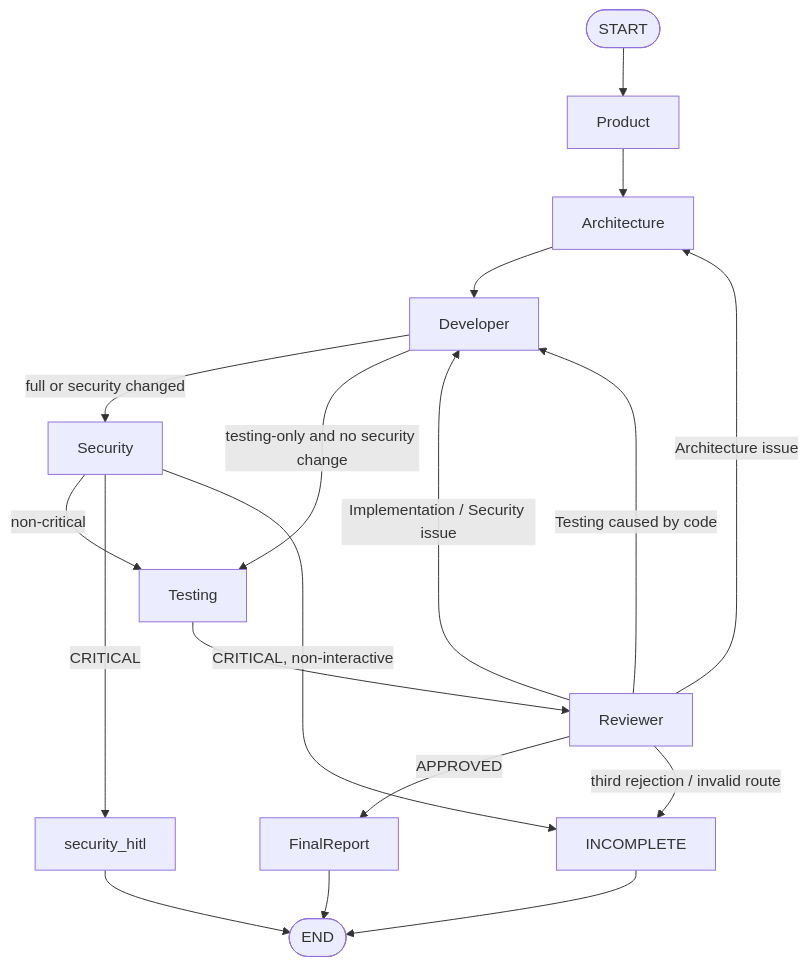
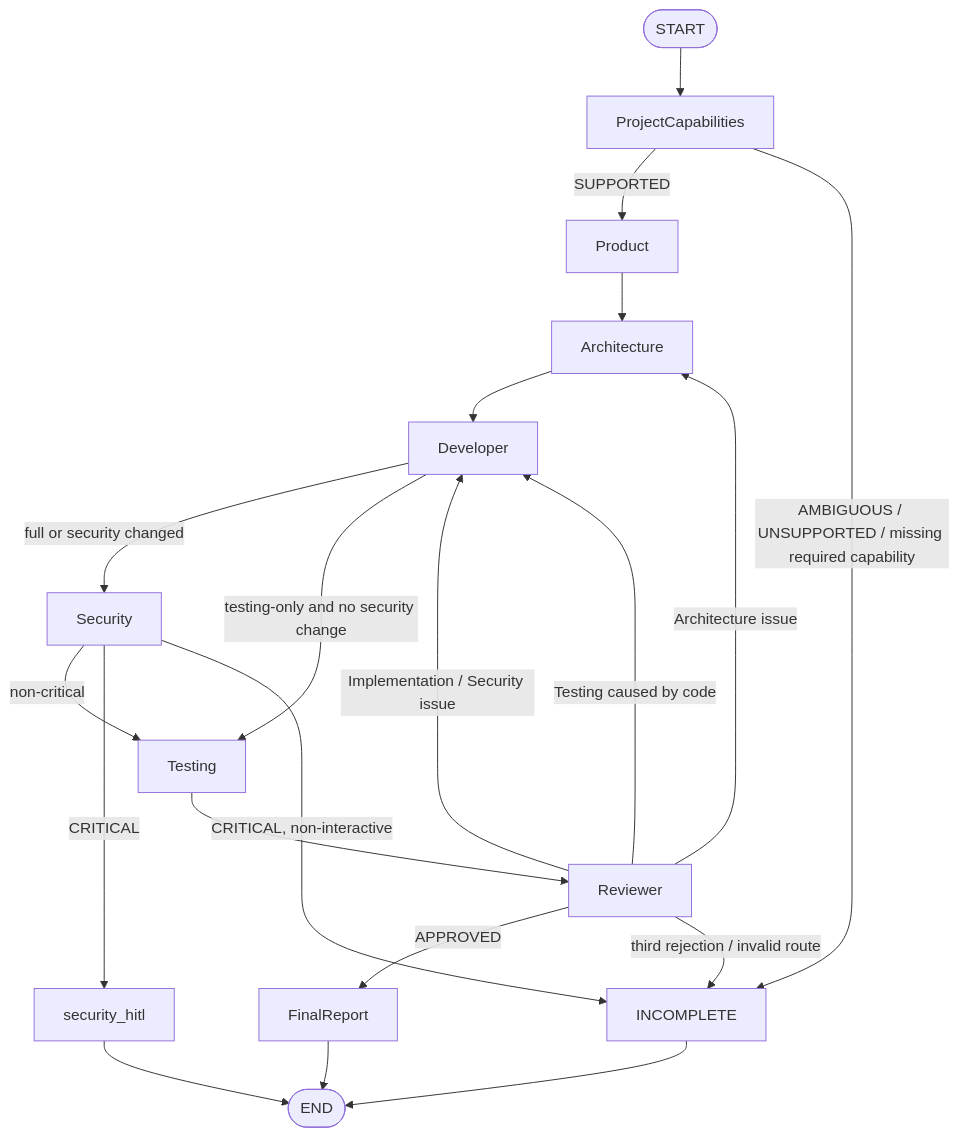
The diagram in docs/diagrams/langgraph.md (Jvillalobooos/MultiAgent-Software-Engineering-Team.), drawn with Mermaid before and after one commit. The commit also changed 64 other files, not shown here.

````diff
--- a/docs/diagrams/langgraph.md
+++ b/docs/diagrams/langgraph.md
@@ -3,20 +3,22 @@
 ```mermaid
 flowchart TD
-    S([START]) --> P[Product]
+    S([START]) --> C[ProjectCapabilities]
+    C -->|SUPPORTED| P[Product]
+    C -->|AMBIGUOUS / UNSUPPORTED / missing required capability| I[INCOMPLETE]
     P --> A[Architecture]
     A --> D[Developer]
     D -->|full or security changed| SEC[Security]
     D -->|testing-only and no security change| T[Testing]
     SEC -->|non-critical| T
     SEC -->|CRITICAL| SH[security_hitl]
     T --> R[Reviewer]
     R -->|APPROVED| F[FinalReport]
     R -->|Architecture issue| A
     R -->|Implementation / Security issue| D
     R -->|Testing caused by code| D
-    R -->|third rejection / invalid route| I[INCOMPLETE]
+    R -->|third rejection / invalid route| I
     SEC -->|CRITICAL, non-interactive| I
     SH --> E([END])
     I --> E
     F --> E
 ```
````
